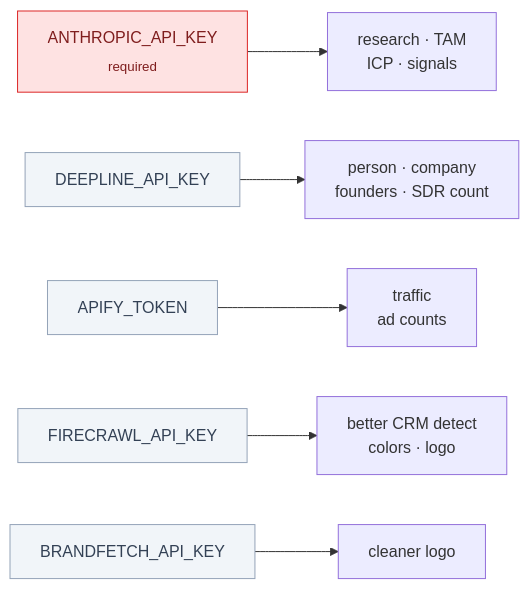
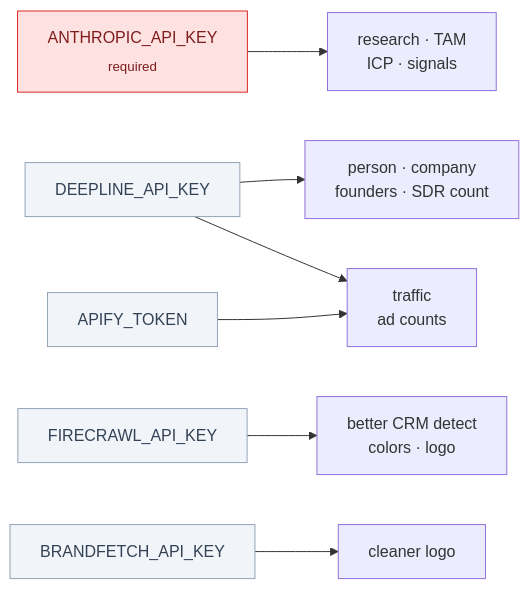
The second of 2 diagrams in SETUP.md (automatewithuday/microsite-pipeline), drawn with Mermaid before and after one commit. The commit also changed other lines of this file and 32 other files, not shown here.

````diff
--- a/SETUP.md
+++ b/SETUP.md
@@ -171,13 +171,14 @@
 ```mermaid
 flowchart LR
     K1["ANTHROPIC_API_KEY<br/><sub>required</sub>"] --> D1["research · TAM<br/>ICP · signals"]
     K2["DEEPLINE_API_KEY"] --> D2["person · company<br/>founders · SDR count"]
+    K2 --> D3
     K3["APIFY_TOKEN"] --> D3["traffic<br/>ad counts"]
     K4["FIRECRAWL_API_KEY"] --> D4["better CRM detect<br/>colors · logo"]
     K5["BRANDFETCH_API_KEY"] --> D5["cleaner logo"]
 
     classDef req fill:#fee2e2,stroke:#dc2626,color:#7f1d1d
     classDef opt fill:#f1f5f9,stroke:#94a3b8,color:#334155
     class K1 req
     class K2,K3,K4,K5 opt
 ```
````
